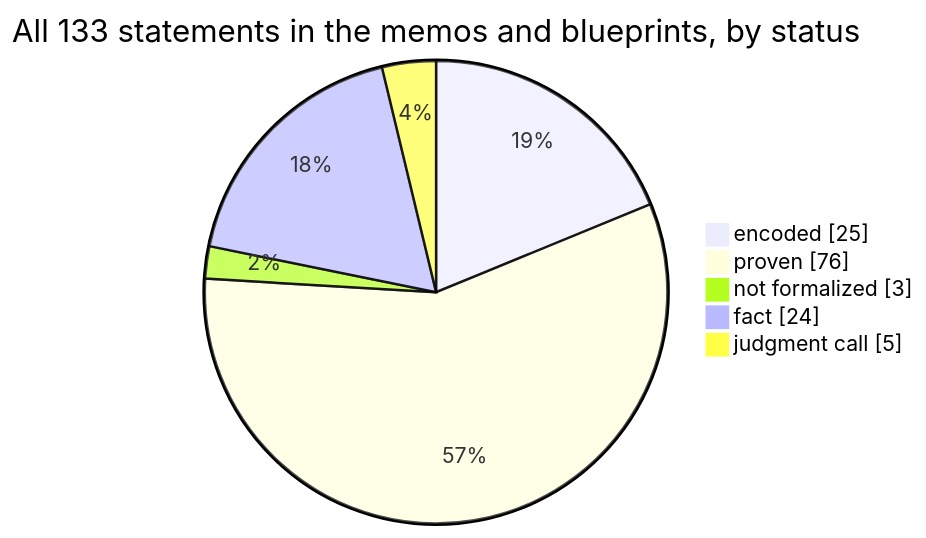
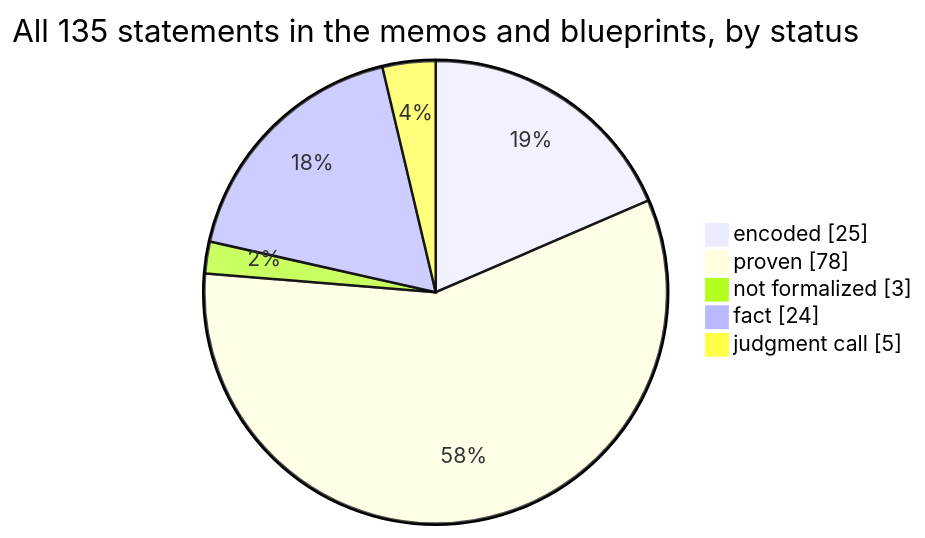
One commit to SeanWMurray/Canteen changed the first of 4 diagrams in docs/graphs/dashboard.md. Above: the diagram before and after it, drawn with Mermaid. The commit also changed 9 other files, not shown here.

````diff
--- a/docs/graphs/dashboard.md
+++ b/docs/graphs/dashboard.md
@@ -11,8 +11,8 @@
 ```mermaid
-pie showData title All 133 statements in the memos and blueprints, by status
+pie showData title All 135 statements in the memos and blueprints, by status
     "encoded" : 25
-    "proven" : 76
+    "proven" : 78
     "not formalized" : 3
     "fact" : 24
     "judgment call" : 5
 ```
````
